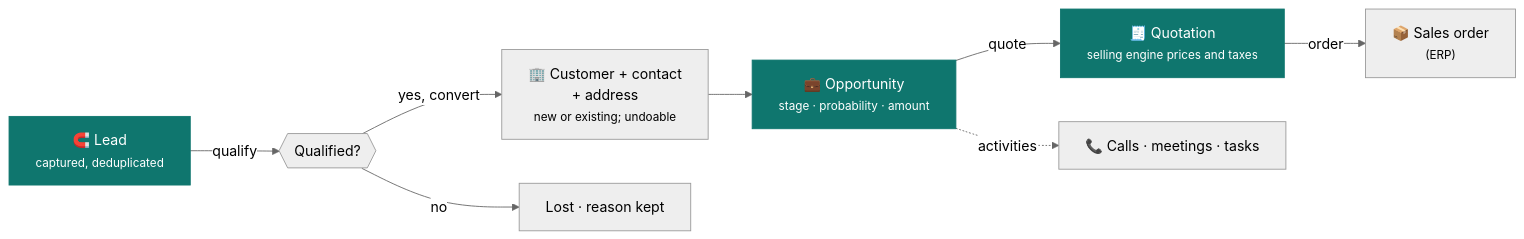
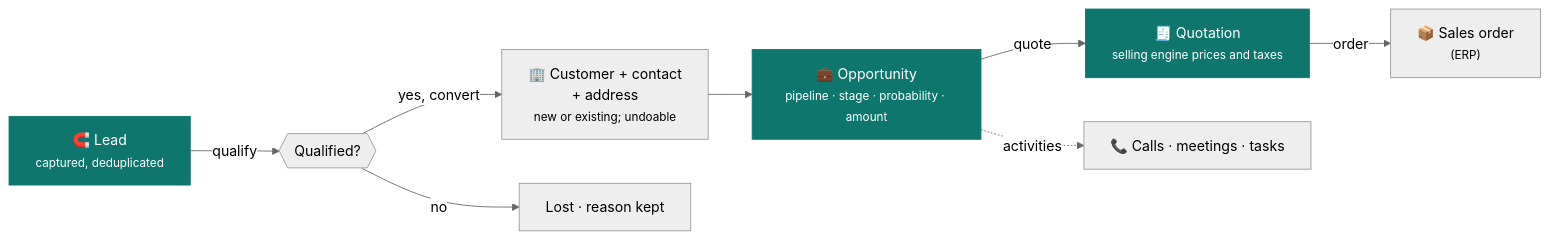
Before and after one commit to CBFerrum/ferrum-app-crm: the first of 3 diagrams in README.md, drawn with Mermaid (neutral theme). The commit also changed other lines of this file and 3 other files, not shown here.

````diff
--- a/README.md
+++ b/README.md
@@ -101,12 +102,12 @@
 ```mermaid
 flowchart LR
     L["🧲 Lead<br/><small>captured, deduplicated</small>"] -->|qualify| Q{{"Qualified?"}}
     Q -->|yes, convert| C["🏢 Customer + contact<br/>+ address<br/><small>new or existing; undoable</small>"]
     Q -->|no| X["Lost · reason kept"]
-    C --> O["💼 Opportunity<br/><small>stage · probability · amount</small>"]
+    C --> O["💼 Opportunity<br/><small>pipeline · stage · probability · amount</small>"]
     O -->|quote| QT["🧾 Quotation<br/><small>selling engine prices and taxes</small>"]
     QT -->|order| SO["📦 Sales order<br/><small>(ERP)</small>"]
     O -.->|activities| A["📞 Calls · meetings · tasks"]
     classDef app fill:#0f766e,color:#fff,stroke:#0f766e
     class L,O,QT app
 ```
````
